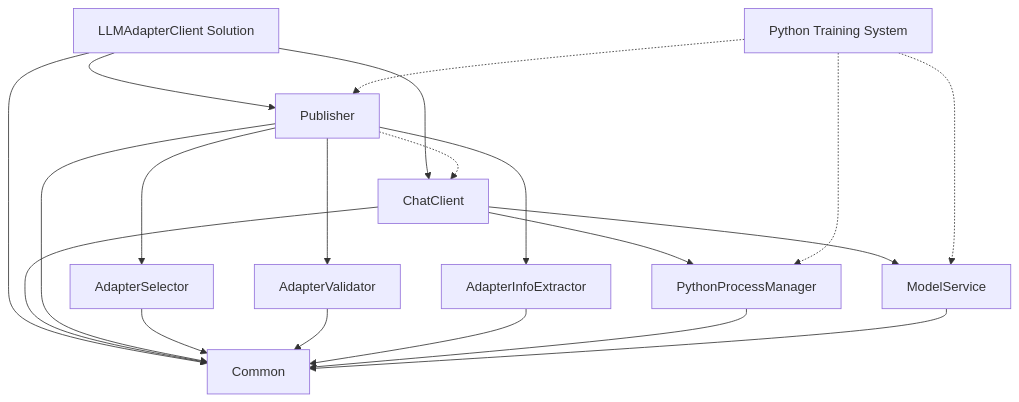
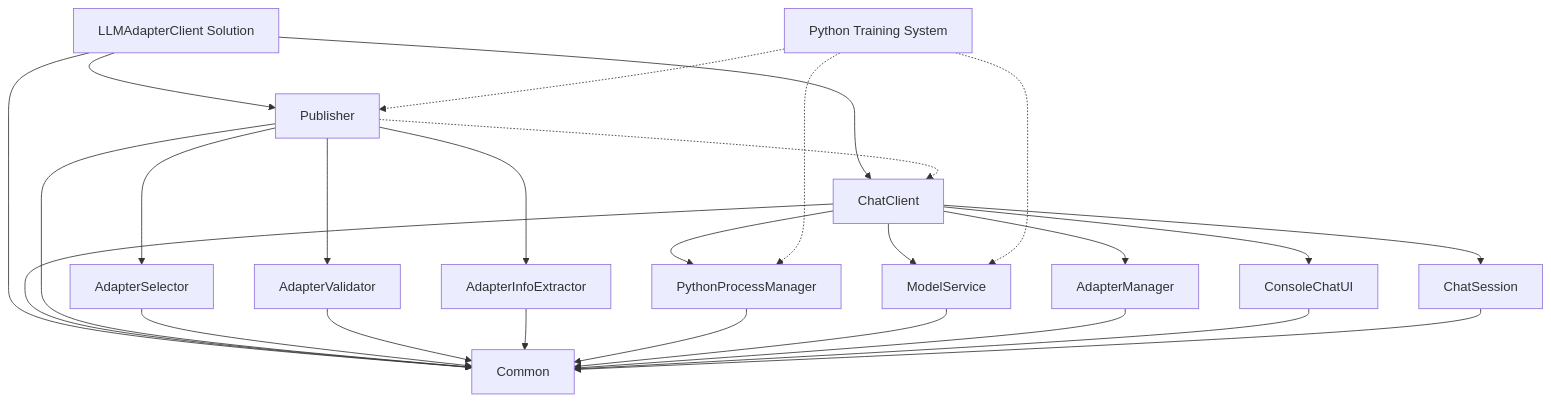
One commit to gsinghjay/LLMAdapterClient changed the first of 2 diagrams in README.md. Above: the diagram before and after it, drawn with Mermaid. The commit also changed other lines of this file, not shown here.

````diff
--- a/README.md
+++ b/README.md
@@ -229,23 +314,26 @@
 ```mermaid
 graph TD
     A[LLMAdapterClient Solution] --> B[ChatClient]
     A --> C[Publisher]
     A --> D[Common]
     
     C --> E[AdapterSelector]
     C --> F[AdapterValidator]
     C --> G[AdapterInfoExtractor]
     
     B --> H[PythonProcessManager]
     B --> I[ModelService]
+    B --> J[AdapterManager]
+    B --> K[ConsoleChatUI]
+    B --> L[ChatSession]
     
     B --> D
     C --> D
     E & F & G --> D
-    H & I --> D
+    H & I & J & K & L --> D
 
     P[Python Training System] -.-> C
     P -.-> H
     P -.-> I
     C -.-> B
 ```
````
